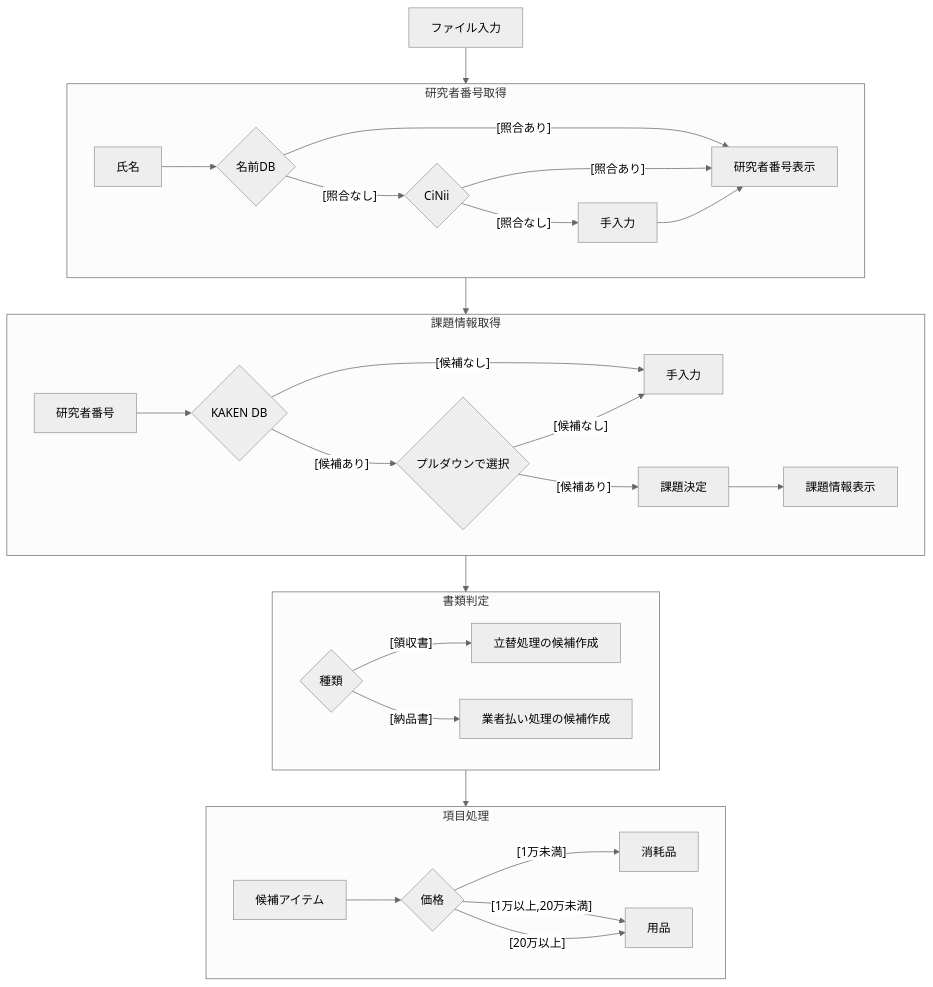
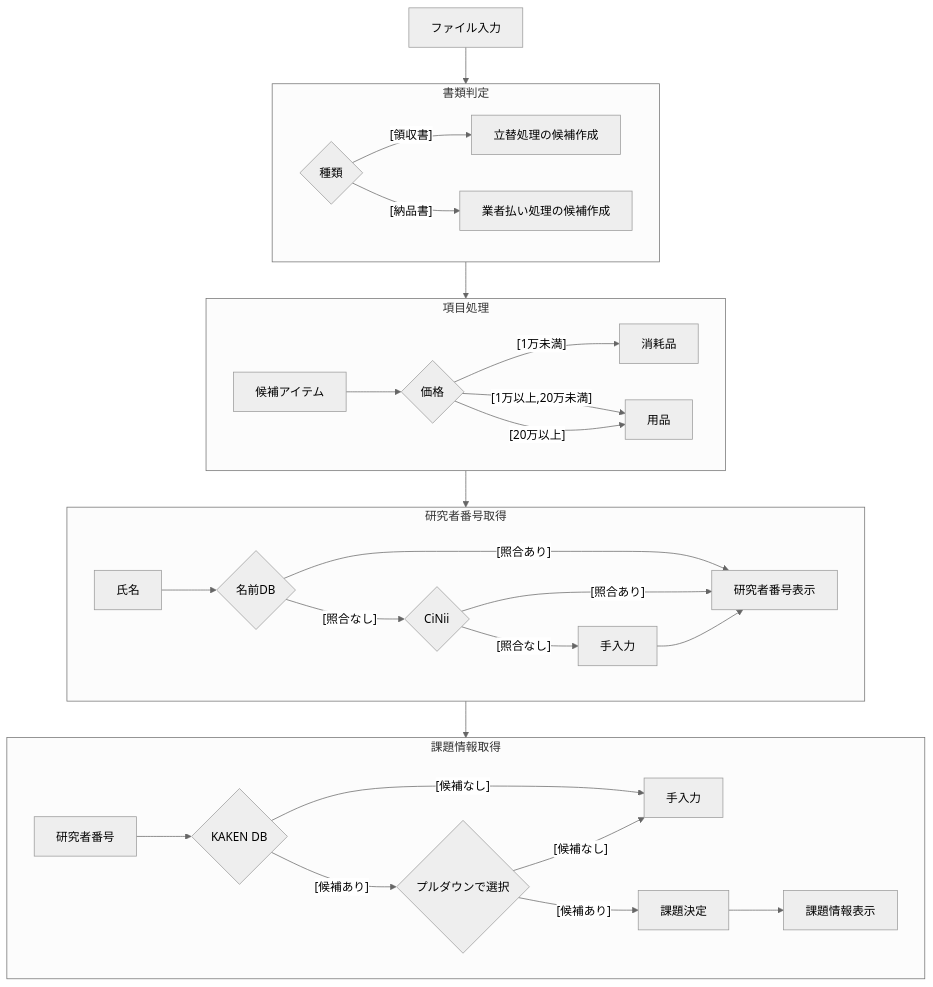
The diagram in README.md (junta-m/Automated_Processing_of_Research_Supplies), drawn with Mermaid (neutral theme) before and after one commit. The commit also changed 129 other files, not shown here.

````diff
--- a/README.md
+++ b/README.md
@@ -19,42 +19,42 @@
 ```mermaid
 graph TD;
-	ファイル入力-->研究者番号取得;
+	ファイル入力 --> 書類判定;
+
+	subgraph 書類判定
+	書類{種類};
+	書類 --[領収書]--> 立替処理の候補作成;
+	書類 --[納品書]--> 業者払い処理の候補作成;
+	end
+
+	書類判定 --> 項目処理;
+
+	subgraph 項目処理
+		候補アイテム --> 価格{価格};
+		価格 --[1万未満]--> 消耗品;
+		価格 --[1万以上,20万未満]--> 用品;
+		価格 --[20万以上]--> 用品;
+	end
+
+	項目処理 --> 研究者番号取得;
 
 	subgraph 研究者番号取得
 		氏名
 		氏名-->名前DB{名前DB};
 		名前DB--[照合なし]-->Cinii{CiNii};
 		Cinii--[照合なし]-->H[手入力];
 		名前DB--[照合あり]-->研究者番号表示;
 		Cinii--[照合あり]-->研究者番号表示;
 		H-->研究者番号表示;
 	end
 
 	研究者番号取得-->課題情報取得
 
 	subgraph 課題情報取得
 		研究者番号-->KAKEN{KAKEN DB};
 		KAKEN --[候補なし]-->H2[手入力];
 		KAKEN --[候補あり]-->P{プルダウンで選択};
 		P --[候補なし]-->H2;
 		P --[候補あり]-->課題決定;
 		課題決定-->課題情報表示
 	end
-
-	課題情報取得 --> 書類判定;
-
-	subgraph 書類判定
-	書類{種類};
-	書類 --[領収書]--> 立替処理の候補作成;
-	書類 --[納品書]--> 業者払い処理の候補作成;
-	end
-
-	書類判定 --> 項目処理;
-
-	subgraph 項目処理
-		候補アイテム --> 価格{価格};
-		価格 --[1万未満]--> 消耗品;
-		価格 --[1万以上,20万未満]--> 用品;
-		価格 --[20万以上]--> 用品;
-	end
 ```
````
